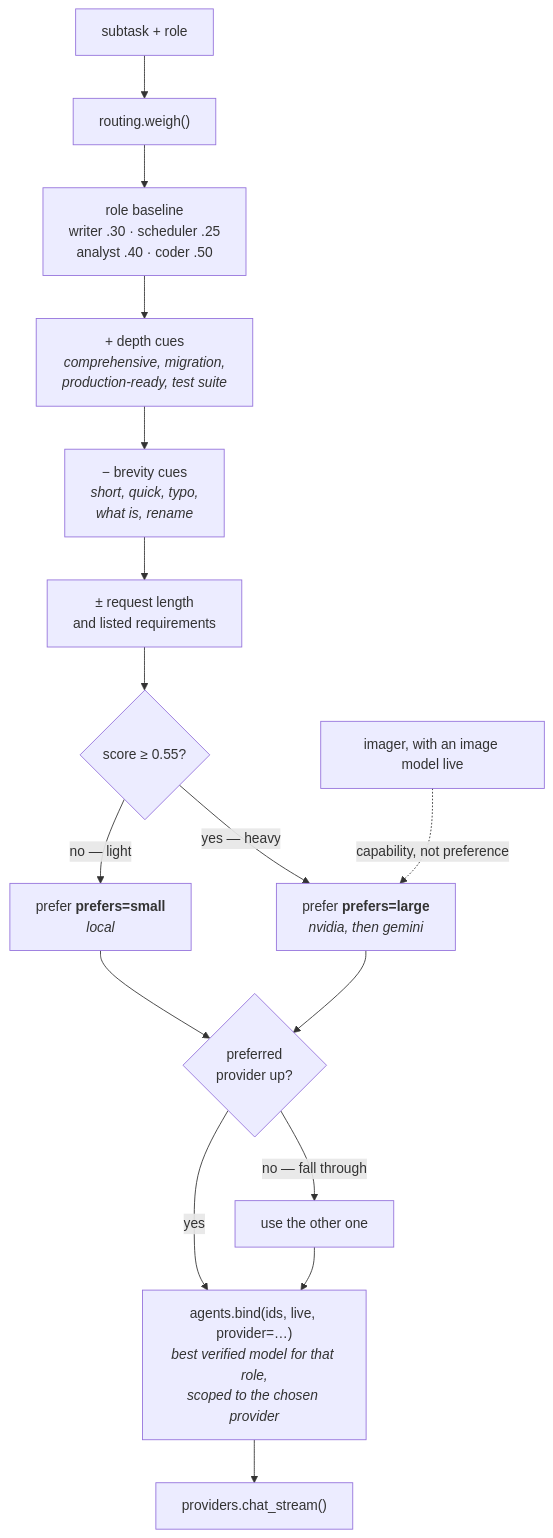
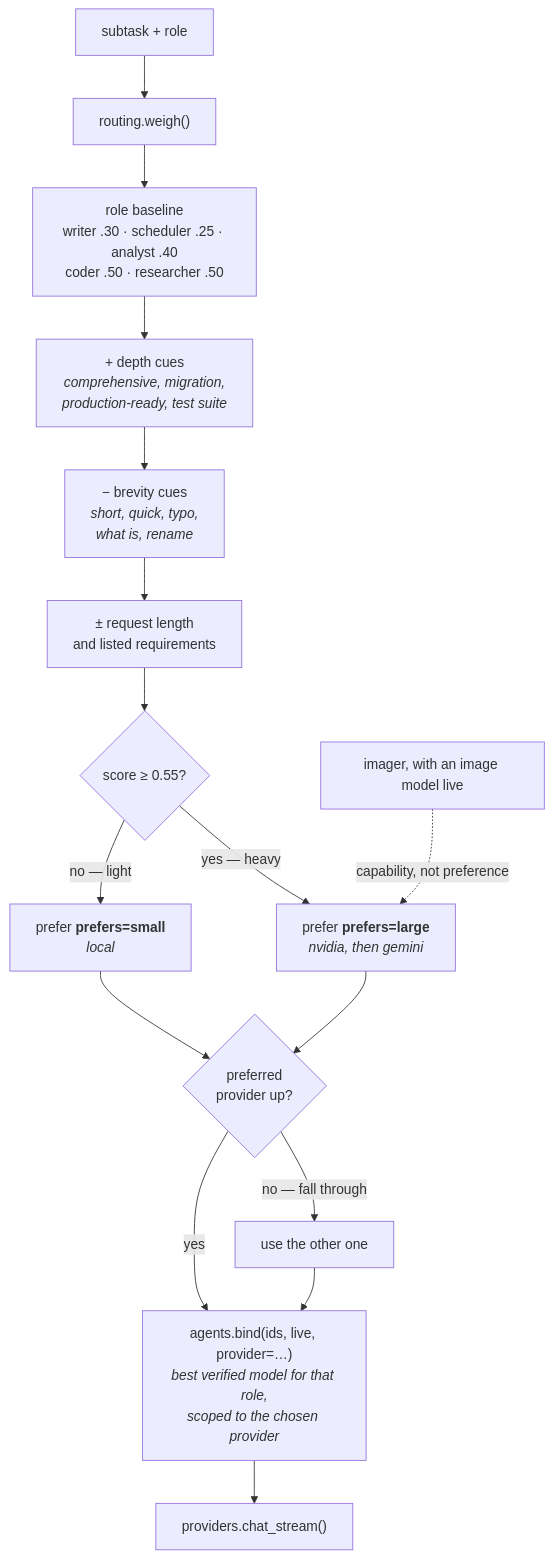
One commit to Bablu-singh/octopus-nim changed the second of 5 diagrams in docs/ARCHITECTURE.md. Above: the diagram before and after it, drawn with Mermaid. The commit also changed other lines of this file and 3 other files, not shown here.

````diff
--- a/docs/ARCHITECTURE.md
+++ b/docs/ARCHITECTURE.md
@@ -70,23 +78,23 @@
 ```mermaid
 flowchart TB
     S["subtask + role"] --> W["routing.weigh()"]
 
-    W --> R1["role baseline<br/>writer .30 · scheduler .25<br/>analyst .40 · coder .50"]
+    W --> R1["role baseline<br/>writer .30 · scheduler .25 · analyst .40<br/>coder .50 · researcher .50"]
     R1 --> R2["+ depth cues<br/><i>comprehensive, migration,<br/>production-ready, test suite</i>"]
     R2 --> R3["− brevity cues<br/><i>short, quick, typo,<br/>what is, rename</i>"]
     R3 --> R4["± request length<br/>and listed requirements"]
     R4 --> SC{"score ≥ 0.55?"}
 
     SC -->|"no — light"| L["prefer <b>prefers=small</b><br/><i>local</i>"]
     SC -->|"yes — heavy"| H["prefer <b>prefers=large</b><br/><i>nvidia, then gemini</i>"]
 
     L --> AV{"preferred<br/>provider up?"}
     H --> AV
     AV -->|yes| BIND
     AV -->|"no — fall through"| OTHER["use the other one"] --> BIND
 
     BIND["agents.bind(ids, live, provider=…)<br/><i>best verified model for that role,<br/>scoped to the chosen provider</i>"]
     BIND --> RUN["providers.chat_stream()"]
 
     IMG["imager, with an image model live"] -.->|"capability, not preference"| H
 ```
````
